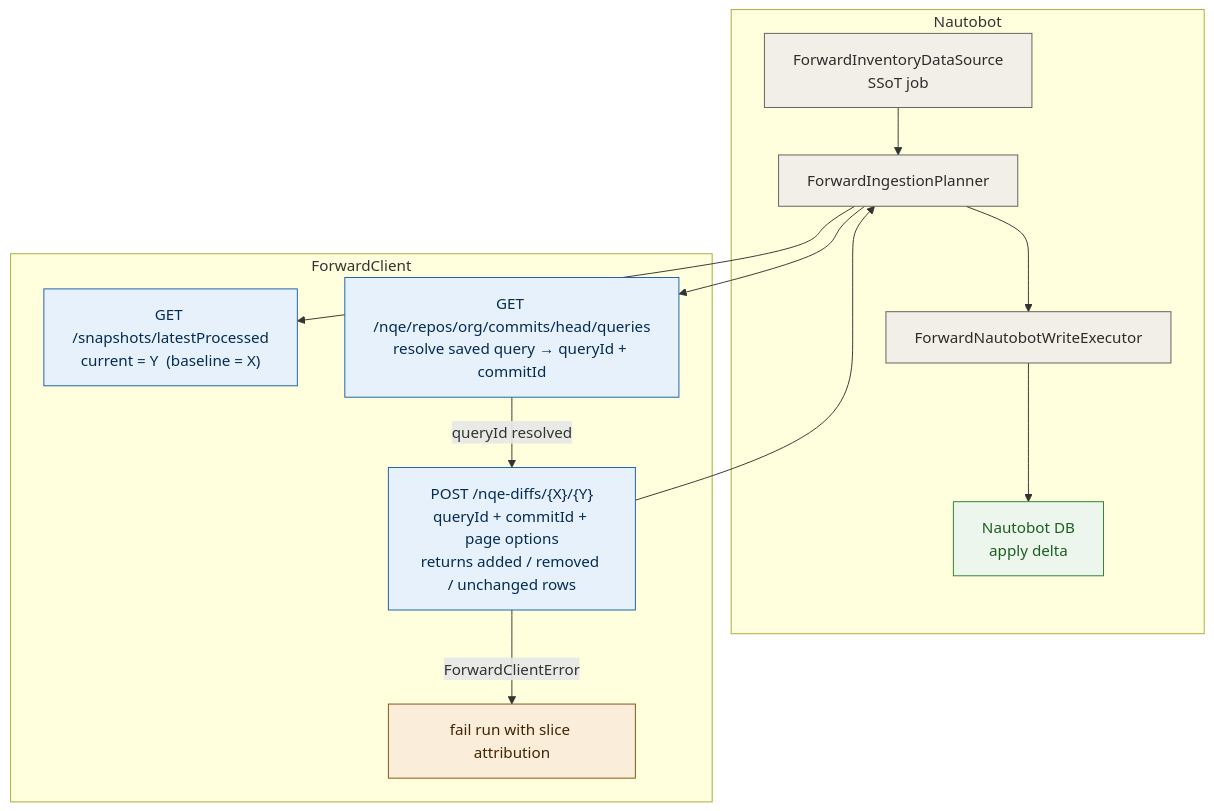
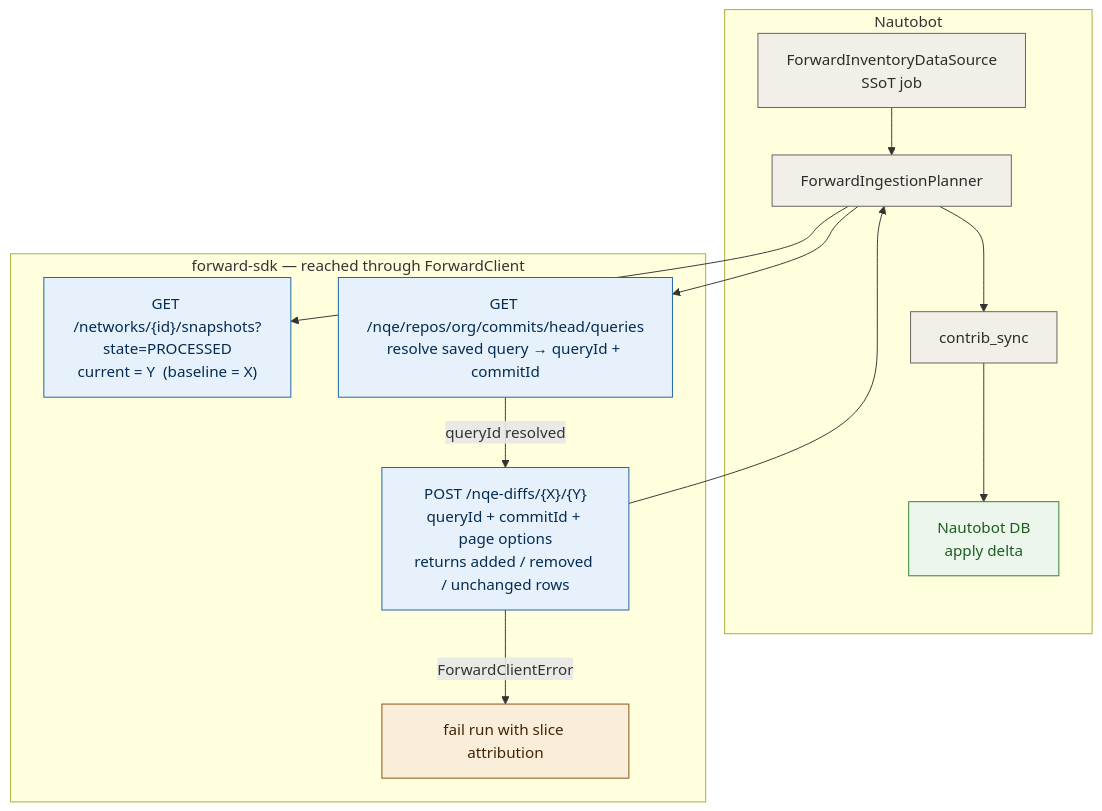
Before and after one commit to forwardnetworks/nautobot-app-ssot-forward: the third of 5 diagrams in docs/architecture-flow.md, drawn with Mermaid. The commit also changed other lines of this file and 54 other files, not shown here.

````diff
--- a/docs/architecture-flow.md
+++ b/docs/architecture-flow.md
@@ -121,35 +121,35 @@
 ```mermaid
 flowchart TB
     subgraph nautobot["Nautobot"]
         job["ForwardInventoryDataSource\nSSoT job"]
         planner["ForwardIngestionPlanner"]
-        executor["ForwardNautobotWriteExecutor"]
+        executor["contrib_sync"]
         db["Nautobot DB\napply delta"]
     end
 
-    subgraph client["ForwardClient"]
-        resolve_snap["GET /snapshots/latestProcessed\ncurrent = Y  (baseline = X)"]
+    subgraph client["forward-sdk — reached through ForwardClient"]
+        resolve_snap["GET /networks/{id}/snapshots?state=PROCESSED\ncurrent = Y  (baseline = X)"]
         prewarm["GET /nqe/repos/org/commits/head/queries\nresolve saved query → queryId + commitId"]
         diff["POST /nqe-diffs/{X}/{Y}\nqueryId + commitId + page options\nreturns added / removed / unchanged rows"]
         fail["fail run with slice attribution"]
     end
 
     job --> planner
     planner --> resolve_snap
     planner --> prewarm
     prewarm -- "queryId resolved" --> diff
     diff -- "ForwardClientError" --> fail
     diff --> planner
     planner --> executor
     executor --> db
 
     classDef neutral fill:#F1EFE8,stroke:#5F5E5A,color:#2C2C2A;
     classDef fwdnode fill:#E6F1FB,stroke:#185FA5,color:#042C53;
     classDef nbnode fill:#EDF6EC,stroke:#2E7D32,color:#1B5E20;
     classDef warn fill:#FAEEDA,stroke:#854F0B,color:#412402;
 
     class job,planner,executor neutral;
     class resolve_snap,prewarm,diff fwdnode;
     class db nbnode;
     class fail warn;
 ```
````
